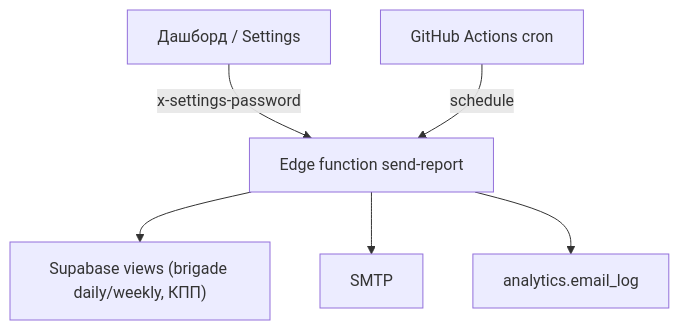
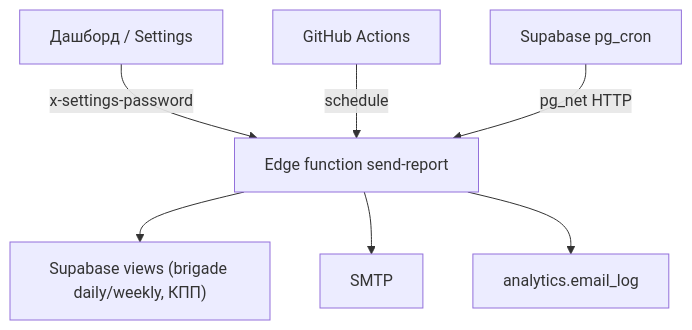
One commit to ITS-helper/legenda changed the diagram in docs/email-reports.md. Above: the diagram before and after it, drawn with Mermaid. The commit also changed other lines of this file and 4 other files, not shown here.

First line of the commit message:
Рассылка: резервный pg_cron в Supabase, если GitHub задержался.

````diff
--- a/docs/email-reports.md
+++ b/docs/email-reports.md
@@ -17,8 +17,9 @@
 ```mermaid
 flowchart TD
   site["Дашборд / Settings"] -->|"x-settings-password"| fn["Edge function send-report"]
-  cron["GitHub Actions cron"] -->|"schedule"| fn
+  gha["GitHub Actions"] -->|"schedule"| fn
+  dbcron["Supabase pg_cron"] -->|"pg_net HTTP"| fn
   fn --> views["Supabase views (brigade daily/weekly, КПП)"]
   fn --> smtp["SMTP"]
   fn --> log["analytics.email_log"]
 ```
````
